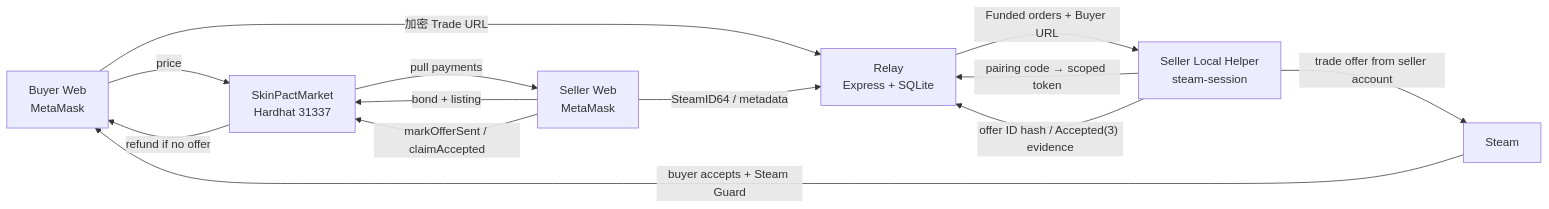
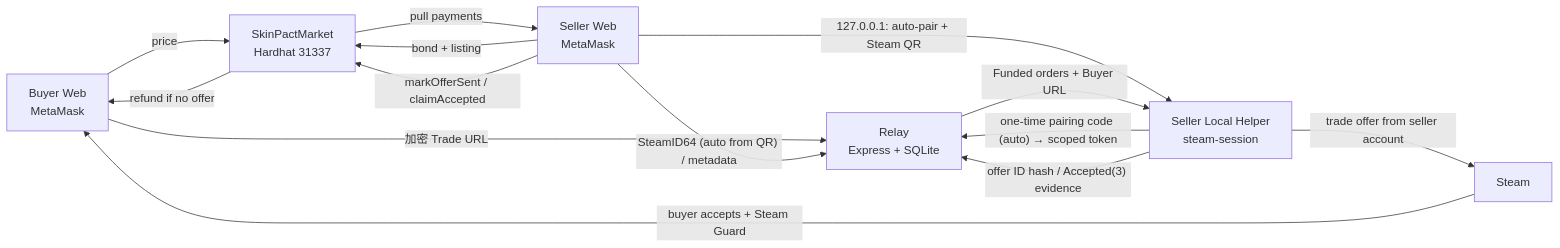
One commit to identity411/dapps changed the diagram in README.md. Above: the diagram before and after it, drawn with Mermaid. The commit also changed other lines of this file and 31 other files, not shown here.

````diff
--- a/README.md
+++ b/README.md
@@ -24,15 +24,16 @@
 ```mermaid
 flowchart LR
     Buyer["Buyer Web<br/>MetaMask"] -->|price| Contract["SkinPactMarket<br/>Hardhat 31337"]
     Seller["Seller Web<br/>MetaMask"] -->|bond + listing| Contract
     Buyer -->|"加密 Trade URL"| Relay["Relay<br/>Express + SQLite"]
-    Seller -->|"SteamID64 / metadata"| Relay
-    Helper["Seller Local Helper<br/>steam-session"] -->|"pairing code → scoped token"| Relay
+    Seller -->|"SteamID64 (auto from QR) / metadata"| Relay
+    Seller -->|"127.0.0.1: auto-pair + Steam QR"| Helper["Seller Local Helper<br/>steam-session"]
+    Helper -->|"one-time pairing code (auto) → scoped token"| Relay
     Relay -->|"Funded orders + Buyer URL"| Helper
     Helper -->|"trade offer from seller account"| Steam["Steam"]
     Steam -->|"buyer accepts + Steam Guard"| Buyer
     Helper -->|"offer ID hash / Accepted(3) evidence"| Relay
     Seller -->|"markOfferSent / claimAccepted"| Contract
     Contract -->|"pull payments"| Seller
     Contract -->|"refund if no offer"| Buyer
 ```
````
